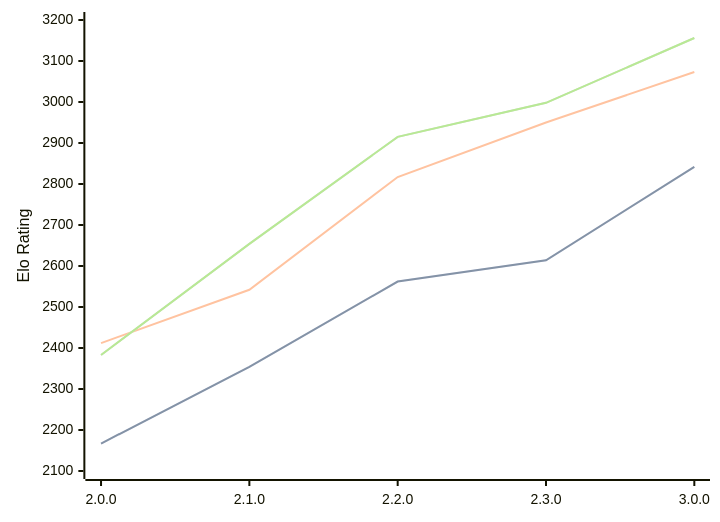
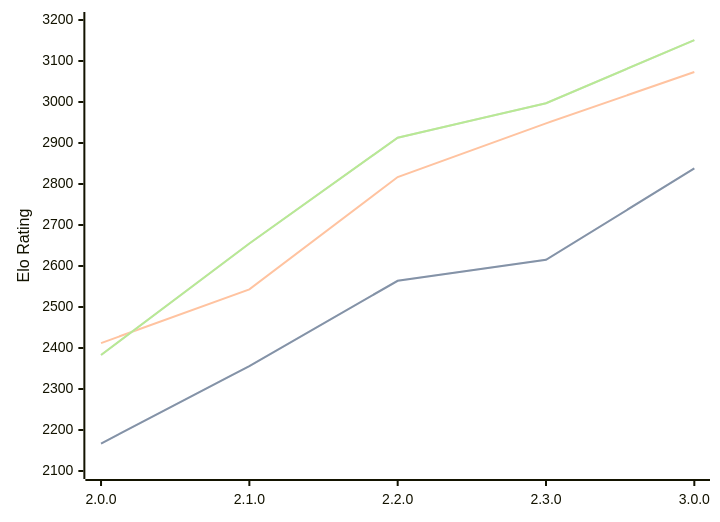
The diagram in engines/Raphael.md (computer-chess-index/cci), drawn with Mermaid before and after one commit. The commit also changed other lines of this file, not shown here.

Commit message:
Update CCI Ratings (ELO VLTC) - 2026-02-18

````diff
--- a/engines/Raphael.md
+++ b/engines/Raphael.md
@@ -44,11 +44,11 @@
 ```mermaid
 %%{init: {"theme":"base","themeVariables":{"seriesColors:['#a3a3a3','#222221','#faa371']}}}%%
 xychart-beta
   x-axis ["2.0.0", "2.1.0", "2.2.0", "2.3.0", "3.0.0"]
   y-axis "Elo Rating" 2100 --> 3200
-  line "STC (8.0+0.08s)" [2167, 2354, 2562, 2614, 2842]
-  line "STC (8.0+0.08s)" [2167, 2354, 2562, 2614, 2842]
-  line "LTC (60.0+0.60s)" [2412, 2542, 2817, 2950, 3073]
-  line "VLTC (2m24s+1.12s)" [2383, 2654, 2915, 2998, 3156]
-  line "VLTC (2m24s+1.12s)" [2383, 2654, 2915, 2998, 3156]
+  line "STC (8.0+0.08s)" [2167, 2356, 2564, 2615, 2838]
+  line "STC (8.0+0.08s)" [2167, 2356, 2564, 2615, 2838]
+  line "LTC (60.0+0.60s)" [2412, 2543, 2817, 2948, 3073]
+  line "VLTC (2m24s+1.12s)" [2383, 2655, 2913, 2997, 3151]
+  line "VLTC (2m24s+1.12s)" [2383, 2655, 2913, 2997, 3151]
 ```
````
